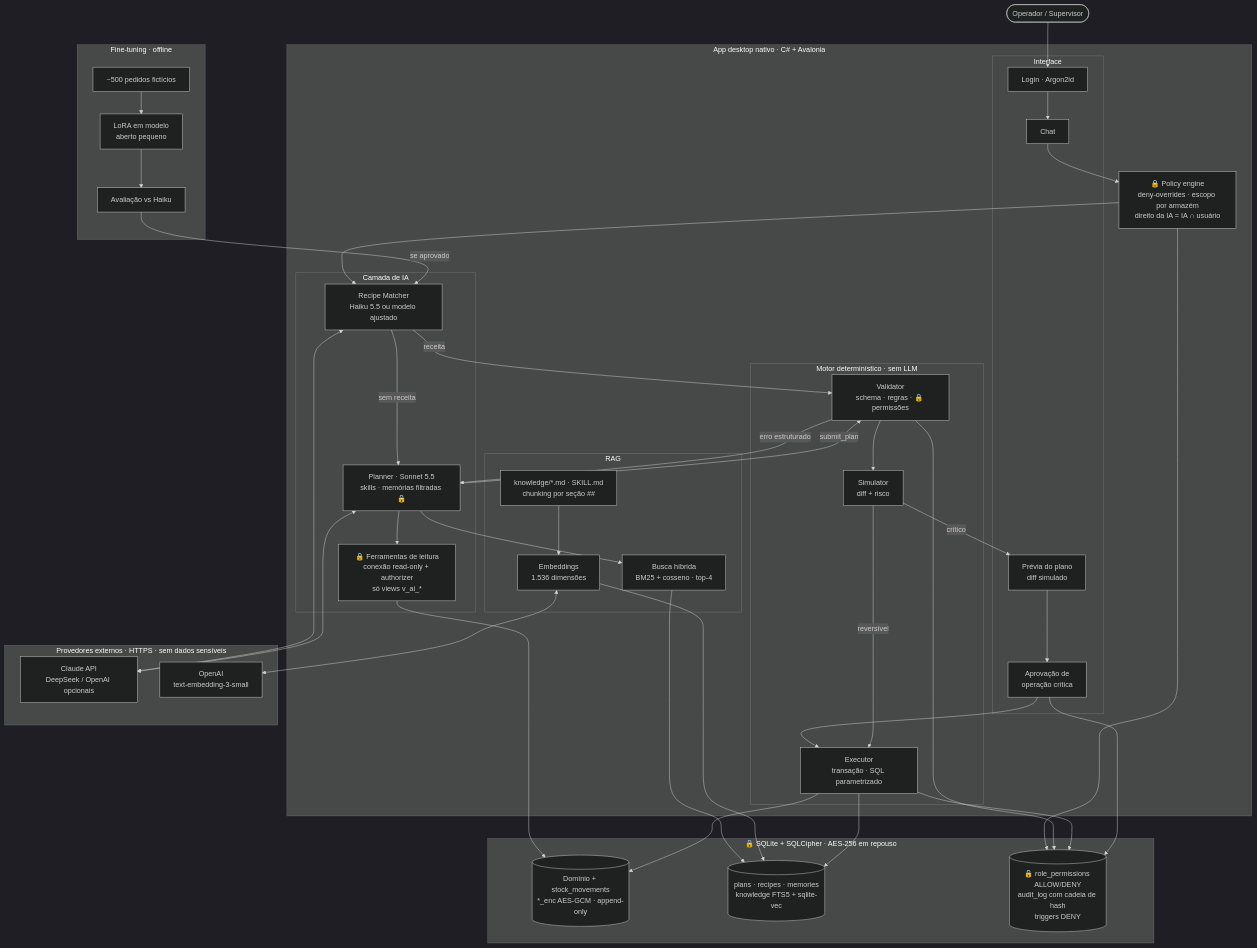
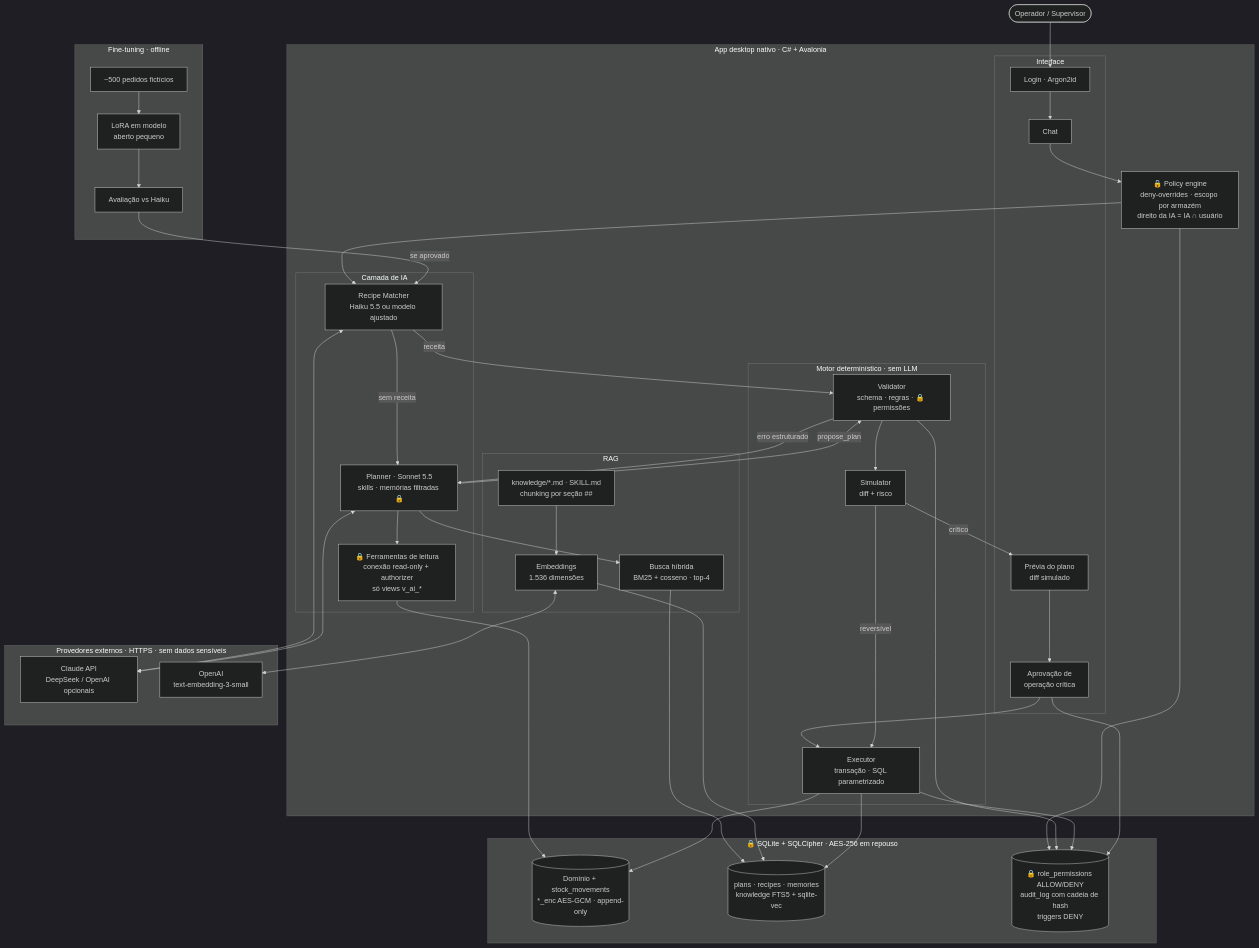
Before and after one commit to DevSamuelSCesar/ERP-Inteligente: the first of 6 diagrams in references/DIAGRAMAS.md, drawn with Mermaid (dark theme). The commit also changed other lines of this file and 126 other files, not shown here.

````diff
--- a/references/DIAGRAMAS.md
+++ b/references/DIAGRAMAS.md
@@ -10,72 +10,72 @@
 ```mermaid
 flowchart TB
     OP(["Operador / Supervisor"])
 
     subgraph APP["App desktop nativo · C# + Avalonia"]
         subgraph UI["Interface"]
             LOGIN["Login · Argon2id"]
             CHAT["Chat"]
             PREV["Prévia do plano<br/>diff simulado"]
             APRV["Aprovação de<br/>operação crítica"]
         end
 
         POL["🔒 Policy engine<br/>deny-overrides · escopo por armazém<br/>direito da IA = IA ∩ usuário"]
 
         subgraph AI["Camada de IA"]
             RM["Recipe Matcher<br/>Haiku 5.5 ou modelo ajustado"]
             PL["Planner · Sonnet 5.5<br/>skills · memórias filtradas 🔒"]
             ROCONN["🔒 Ferramentas de leitura<br/>conexão read-only + authorizer<br/>só views v_ai_*"]
         end
 
         subgraph RAG["RAG"]
             CHK["knowledge/*.md · SKILL.md<br/>chunking por seção ##"]
             EMB["Embeddings<br/>1.536 dimensões"]
             HYB["Busca híbrida<br/>BM25 + cosseno · top-4"]
         end
 
         subgraph ENG["Motor determinístico · sem LLM"]
             VAL["Validator<br/>schema · regras · 🔒 permissões"]
             SIM["Simulator<br/>diff + risco"]
             EXE["Executor<br/>transação · SQL parametrizado"]
         end
     end
 
     subgraph EXT["Provedores externos · HTTPS · sem dados sensíveis"]
         CLAUDE["Claude API<br/>DeepSeek / OpenAI opcionais"]
         OAI["OpenAI<br/>text-embedding-3-small"]
     end
 
     subgraph FT["Fine-tuning · offline"]
         FTD["~500 pedidos fictícios"]
         FTM["LoRA em modelo<br/>aberto pequeno"]
         FTE["Avaliação vs Haiku"]
     end
 
     subgraph DB["🔒 SQLite + SQLCipher · AES-256 em repouso"]
         DATA[("Domínio + stock_movements<br/>*_enc AES-GCM · append-only")]
         AIDATA[("plans · recipes · memories<br/>knowledge FTS5 + sqlite-vec")]
         SEC[("🔒 role_permissions ALLOW/DENY<br/>audit_log com cadeia de hash<br/>triggers DENY")]
     end
 
     OP --> LOGIN --> CHAT --> POL --> RM
     RM -- "receita" --> VAL
     RM -- "sem receita" --> PL
     RM <--> CLAUDE
     PL <--> CLAUDE
     PL --> ROCONN --> DATA
     PL --> HYB --> AIDATA
     CHK --> EMB --> AIDATA
     EMB <--> OAI
-    PL -- "submit_plan" --> VAL
+    PL -- "propose_plan" --> VAL
     VAL -- "erro estruturado" --> PL
     VAL --> SIM
     SIM -- "crítico" --> PREV --> APRV --> EXE
     SIM -- "reversível" --> EXE
     EXE --> DATA
     EXE --> AIDATA
     POL --> SEC
     VAL --> SEC
     EXE --> SEC
     APRV --> SEC
     FTD --> FTM --> FTE -- "se aprovado" --> RM
 ```
````
